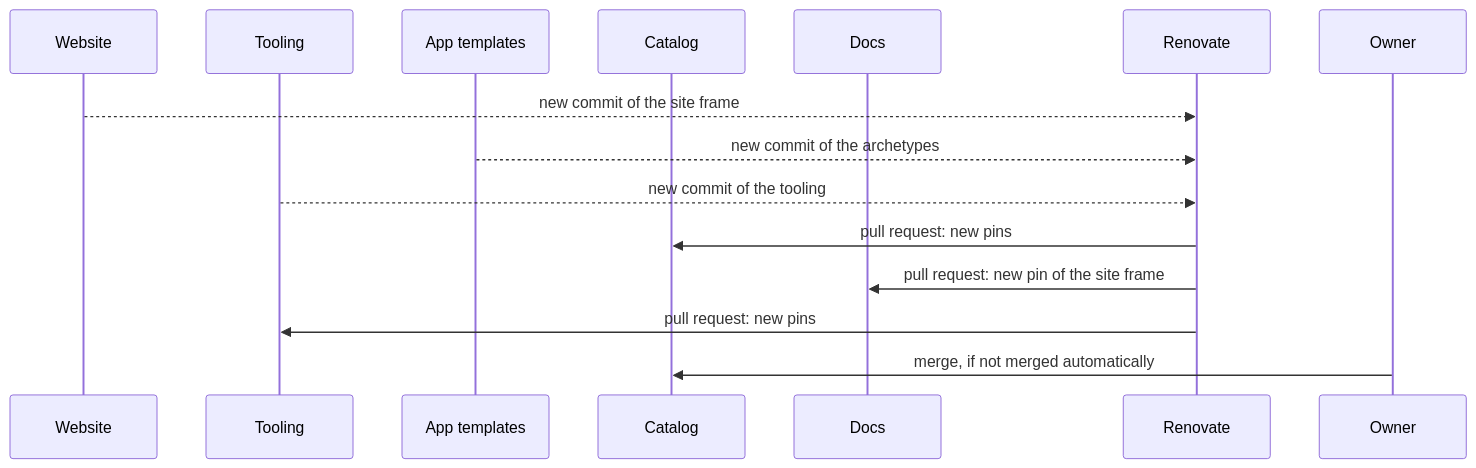
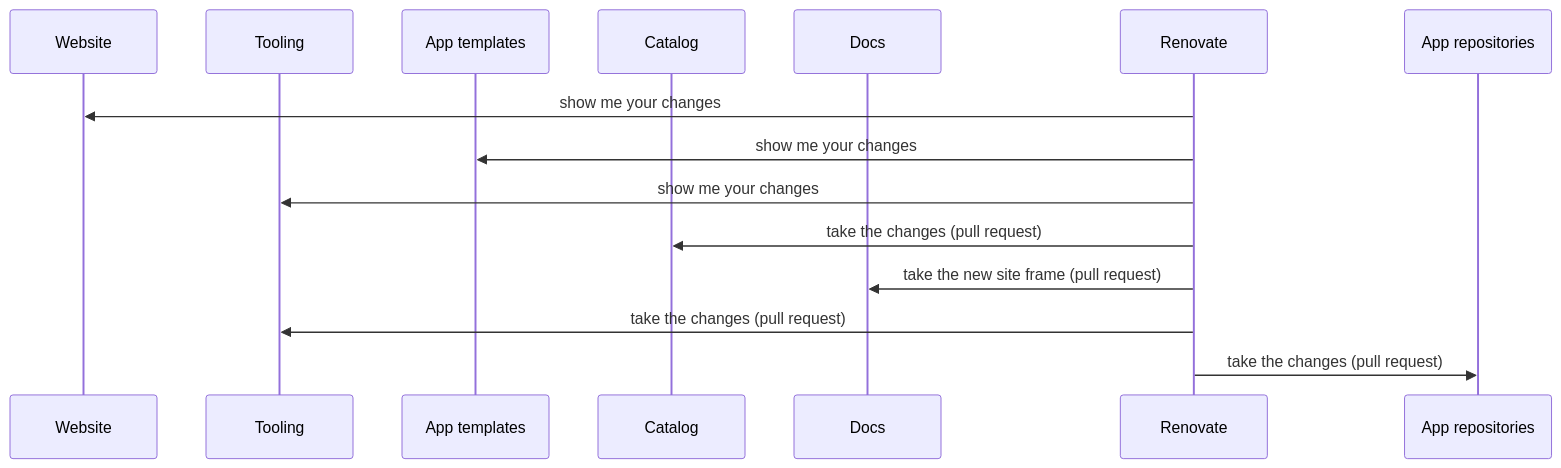
One commit to lernapps/docs changed the fifth of 6 diagrams in docs/arc42/06-runtime-view.arc42.md. Above: the diagram before and after it, drawn with Mermaid. The commit also changed other lines of this file and 33 other files, not shown here.

First line of the commit message:
feat(docs): the start page is an overview of the target state, generated from platform design and architecture (#50)

````diff
--- a/docs/arc42/06-runtime-view.arc42.md
+++ b/docs/arc42/06-runtime-view.arc42.md
@@ -199,17 +230,17 @@
 ```mermaid
 sequenceDiagram
     participant website as Website
     participant tooling as Tooling
     participant templates as App templates
     participant catalog as Catalog
     participant docs as Docs
     participant renovate as Renovate
-    participant owner as Owner
-    website-->>renovate: new commit of the site frame
-    templates-->>renovate: new commit of the archetypes
-    tooling-->>renovate: new commit of the tooling
-    renovate->>catalog: pull request: new pins
-    renovate->>docs: pull request: new pin of the site frame
-    renovate->>tooling: pull request: new pins
-    owner->>catalog: merge, if not merged automatically
+    participant apps as App repositories
+    renovate->>website: show me your changes
+    renovate->>templates: show me your changes
+    renovate->>tooling: show me your changes
+    renovate->>catalog: take the changes (pull request)
+    renovate->>docs: take the new site frame (pull request)
+    renovate->>tooling: take the changes (pull request)
+    renovate->>apps: take the changes (pull request)
 ```
````
